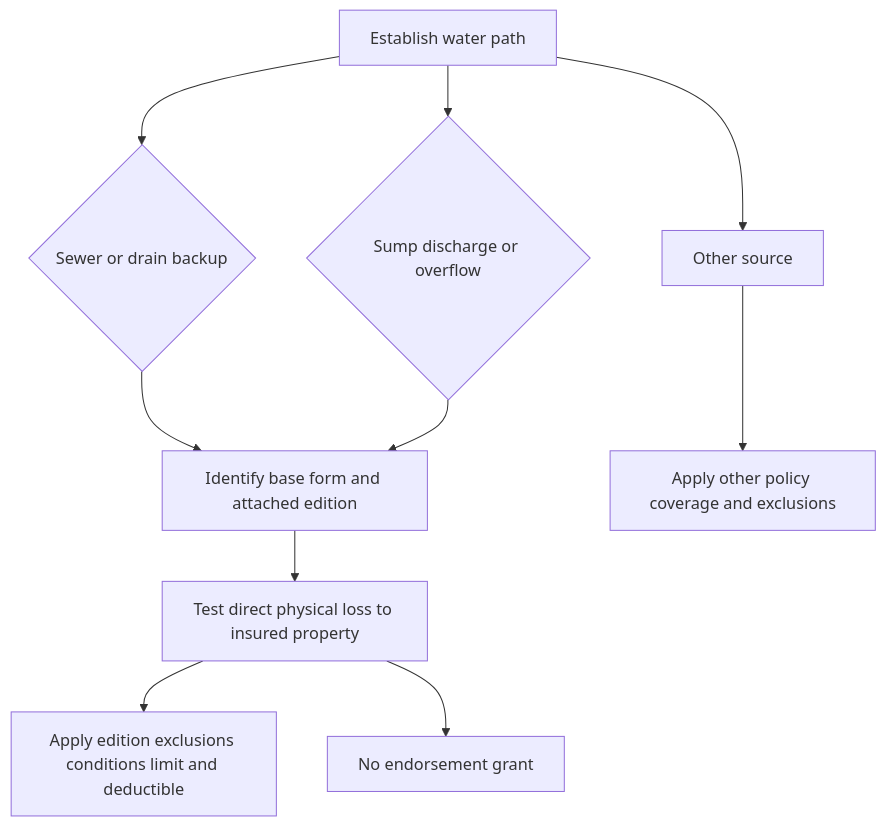
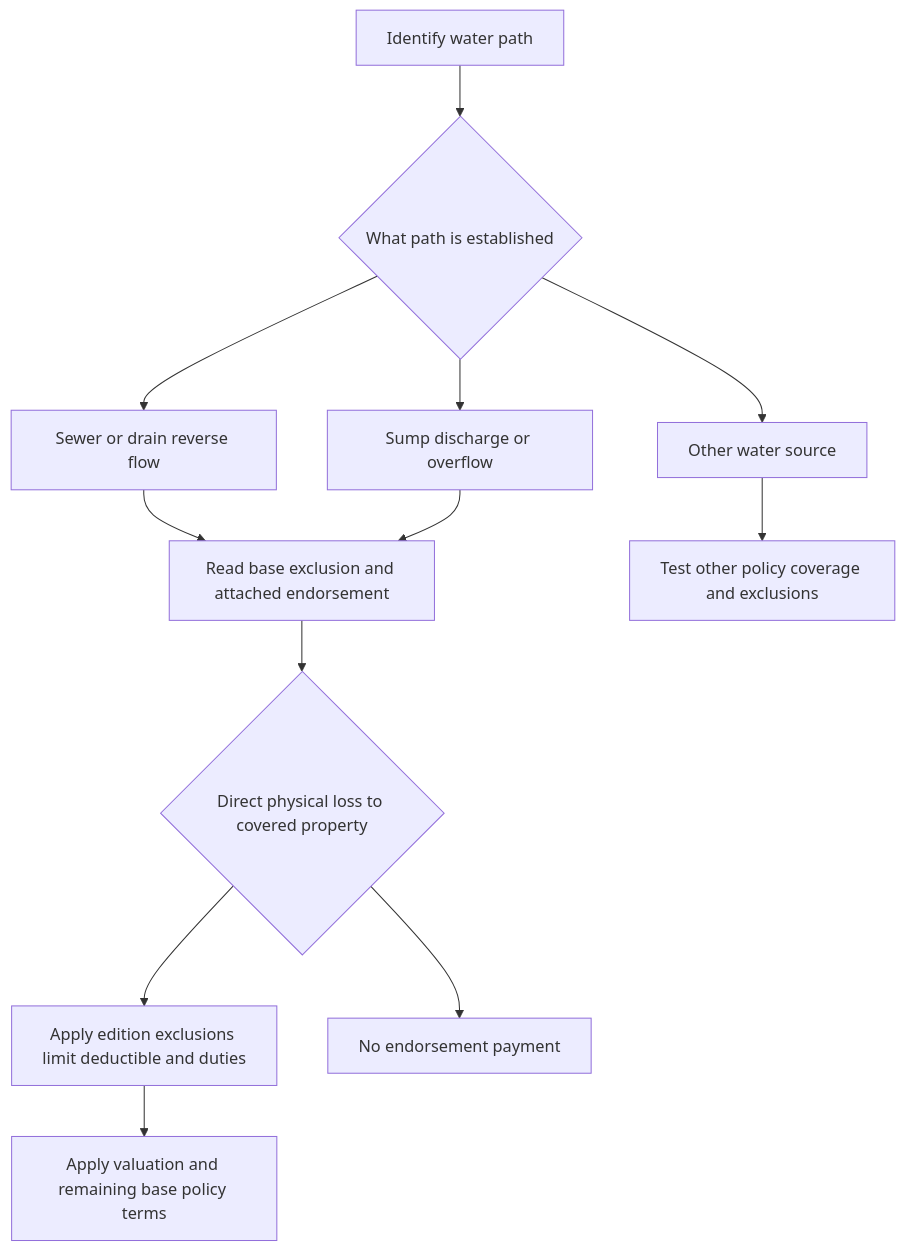
One commit to langchain-samples/openwiki-insurance-corpus changed the diagram in openwiki/coverage/perils/water-backup.md. Above: the diagram before and after it, drawn with Mermaid. The commit also changed other lines of this file and 71 other files, not shown here.

````diff
--- a/openwiki/coverage/perils/water-backup.md
+++ b/openwiki/coverage/perils/water-backup.md
@@ -29,12 +52,14 @@
 ```mermaid
 flowchart TD
-  A["Establish water path"] --> B{"Sewer or drain backup"}
-  A --> C{"Sump discharge or overflow"}
-  A --> D["Other source"]
-  B --> E["Identify base form and attached edition"]
-  C --> E
-  D --> F["Apply other policy coverage and exclusions"]
-  E --> G["Test direct physical loss to insured property"]
-  G --> H["Apply edition exclusions conditions limit and deductible"]
-  G --> I["No endorsement grant"]
+  A["Identify water path"] --> B{"What path is established"}
+  B --> C["Sewer or drain reverse flow"]
+  B --> D["Sump discharge or overflow"]
+  B --> E["Other water source"]
+  C --> F["Read base exclusion and attached endorsement"]
+  D --> F
+  E --> G["Test other policy coverage and exclusions"]
+  F --> H{"Direct physical loss to covered property"}
+  H --> I["Apply edition exclusions limit deductible and duties"]
+  H --> J["No endorsement payment"]
+  I --> K["Apply valuation and remaining base policy terms"]
 ```
````
